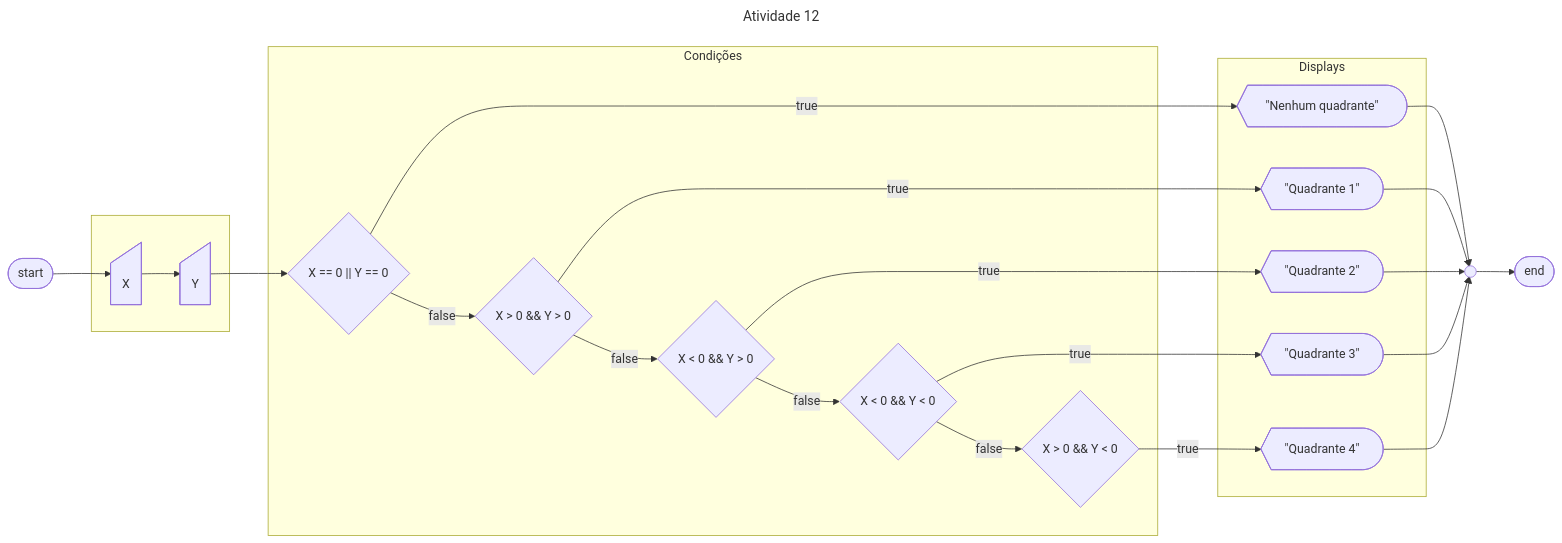
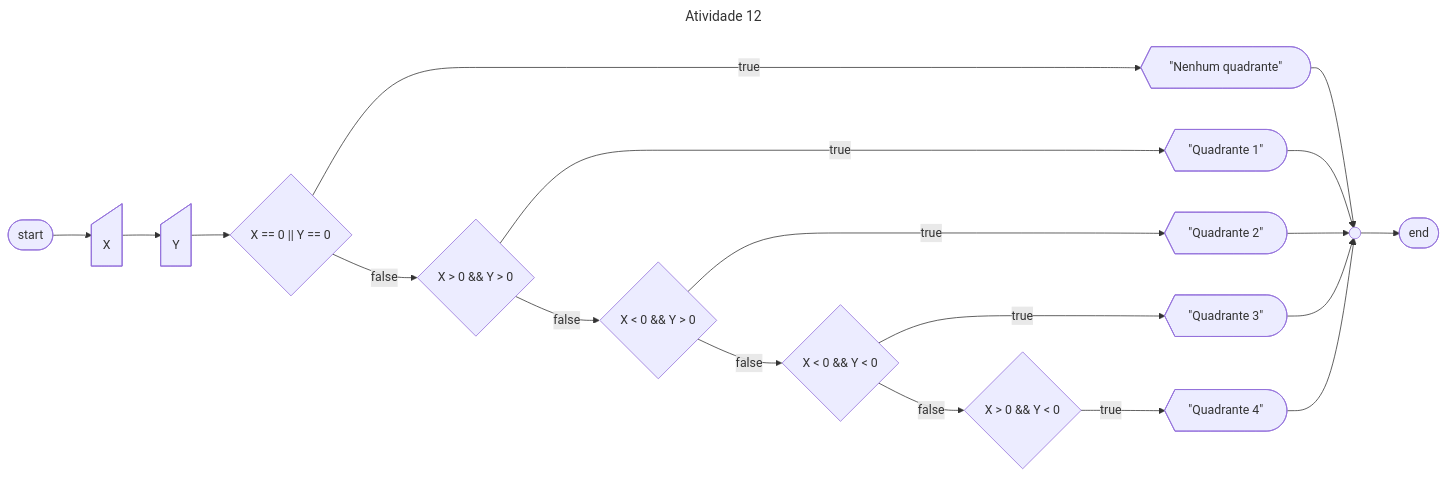
One commit to kf-martins-uel/algoritmos-atividade1 changed the sixth of 9 diagrams in Parte-2/README.md. Above: the diagram before and after it, drawn with Mermaid. The commit also changed other lines of this file and 7 other files, not shown here.

````diff
--- a/Parte-2/README.md
+++ b/Parte-2/README.md
@@ -286,46 +280,42 @@
 ```mermaid
 ---
 config:
 theme: neo-dark  
 title: Atividade 12
 ---
 flowchart LR
     start([start])
     fim([end])
     conector@{shape: circle, label: " "}
-    subgraph " "
         X@{shape: manual-input}
         Y@{shape: manual-input}
-    end
-    subgraph Condições
+
         if1{"X == 0 || Y == 0"}
         if2{"X > 0 && Y > 0"}
         if3{"X < 0 && Y > 0"}
         if4{"X < 0 && Y < 0"}
         if5{"X > 0 && Y < 0"}
-    end
-    subgraph Displays
+
         q0@{shape: display, label: "\"Nenhum quadrante\""}
         q1@{shape: display, label: "\"Quadrante 1\""}
         q2@{shape: display, label: "\"Quadrante 2\""}
         q3@{shape: display, label: "\"Quadrante 3\""}
         q4@{shape: display, label: "\"Quadrante 4\""}
-    end
 
     start --> X --> Y --> if1 -->|true| q0
 
     if1 --> |false| if2 --> |false| if3 --> |false| if4 --> |false| if5
 
     if2 -->|true| q1
     if3 -->|true| q2
     if4 -->|true| q3
     if5 -->|true| q4
     
     q0 --> conector
     q1 --> conector
     q2 --> conector
     q3 --> conector
     q4 --> conector
 
     conector --> fim
 ```
````
